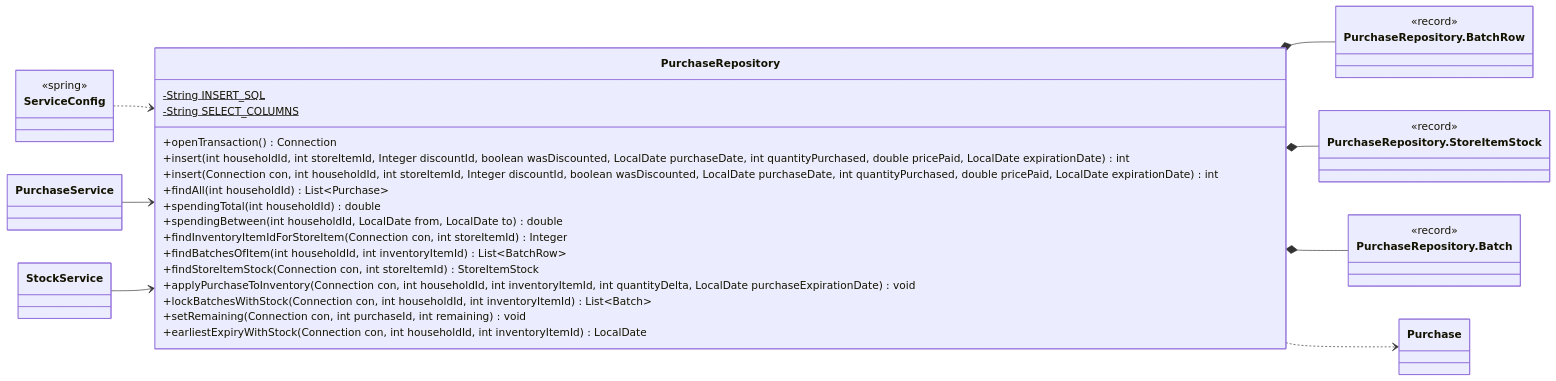
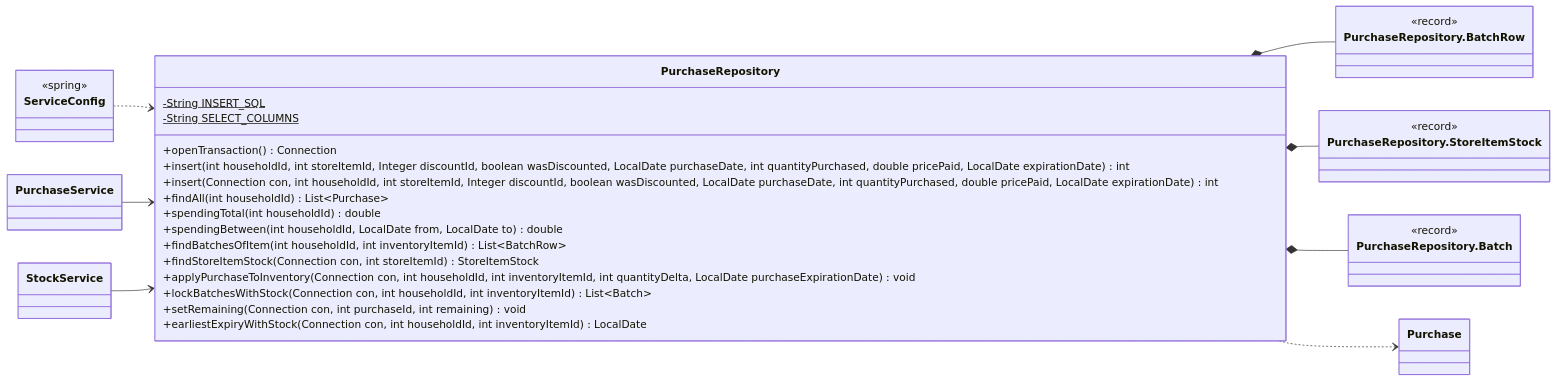
One commit to Nate-ryan-7690/dahaem changed the third of 10 diagrams in docs/classes/finance.md. Above: the diagram before and after it, drawn with Mermaid. The commit also changed other lines of this file and 2 other files, not shown here.

Commit message:
Regenerate generated docs (approved in CI)

````diff
--- a/docs/classes/finance.md
+++ b/docs/classes/finance.md
@@ -132,43 +132,42 @@
 ```mermaid
 classDiagram
     direction LR
     class finance_PurchaseRepository["PurchaseRepository"] {
         -String INSERT_SQL$
         -String SELECT_COLUMNS$
         +openTransaction() Connection
         +insert(int householdId, int storeItemId, Integer discountId, boolean wasDiscounted, LocalDate purchaseDate, int quantityPurchased, double pricePaid, LocalDate expirationDate) int
         +insert(Connection con, int householdId, int storeItemId, Integer discountId, boolean wasDiscounted, LocalDate purchaseDate, int quantityPurchased, double pricePaid, LocalDate expirationDate) int
         +findAll(int householdId) List~Purchase~
         +spendingTotal(int householdId) double
         +spendingBetween(int householdId, LocalDate from, LocalDate to) double
-        +findInventoryItemIdForStoreItem(Connection con, int storeItemId) Integer
         +findBatchesOfItem(int householdId, int inventoryItemId) List~BatchRow~
         +findStoreItemStock(Connection con, int storeItemId) StoreItemStock
         +applyPurchaseToInventory(Connection con, int householdId, int inventoryItemId, int quantityDelta, LocalDate purchaseExpirationDate) void
         +lockBatchesWithStock(Connection con, int householdId, int inventoryItemId) List~Batch~
         +setRemaining(Connection con, int purchaseId, int remaining) void
         +earliestExpiryWithStock(Connection con, int householdId, int inventoryItemId) LocalDate
     }
     class finance_PurchaseRepository_BatchRow["PurchaseRepository.BatchRow"] {
         <<record>>
     }
     class finance_PurchaseRepository_StoreItemStock["PurchaseRepository.StoreItemStock"] {
         <<record>>
     }
     class finance_PurchaseRepository_Batch["PurchaseRepository.Batch"] {
         <<record>>
     }
     class finance_PurchaseService["PurchaseService"]
     class finance_StockService["StockService"]
     class finance_Purchase["Purchase"]
     class api_ServiceConfig["ServiceConfig"] {
         <<spring>>
     }
     finance_PurchaseRepository *-- finance_PurchaseRepository_BatchRow
     finance_PurchaseRepository *-- finance_PurchaseRepository_StoreItemStock
     finance_PurchaseRepository *-- finance_PurchaseRepository_Batch
     finance_PurchaseRepository ..> finance_Purchase
     api_ServiceConfig ..> finance_PurchaseRepository
     finance_PurchaseService --> finance_PurchaseRepository
     finance_StockService --> finance_PurchaseRepository
 ```
````
